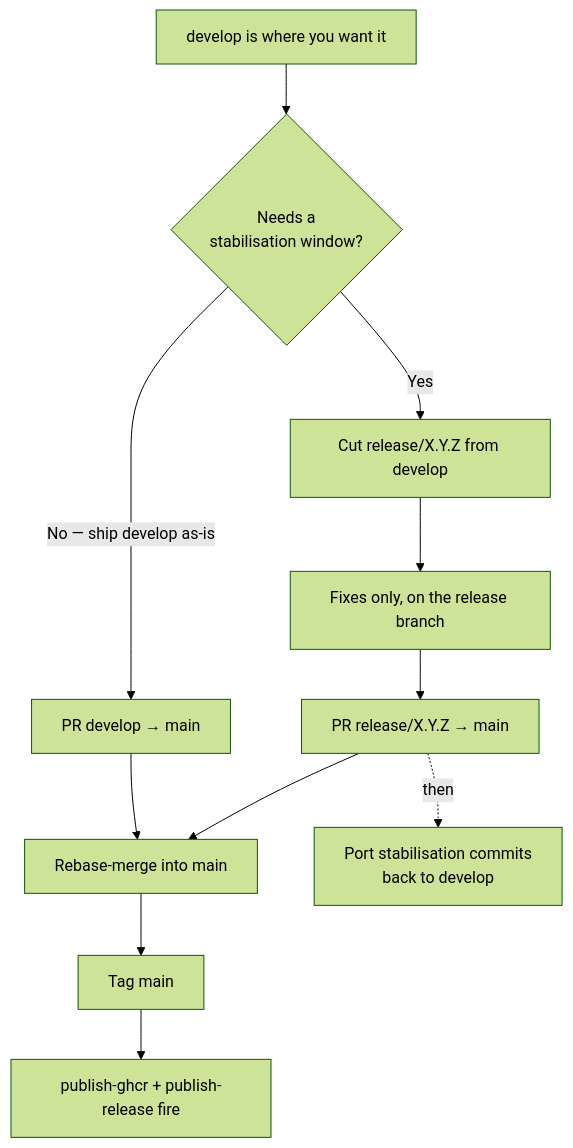
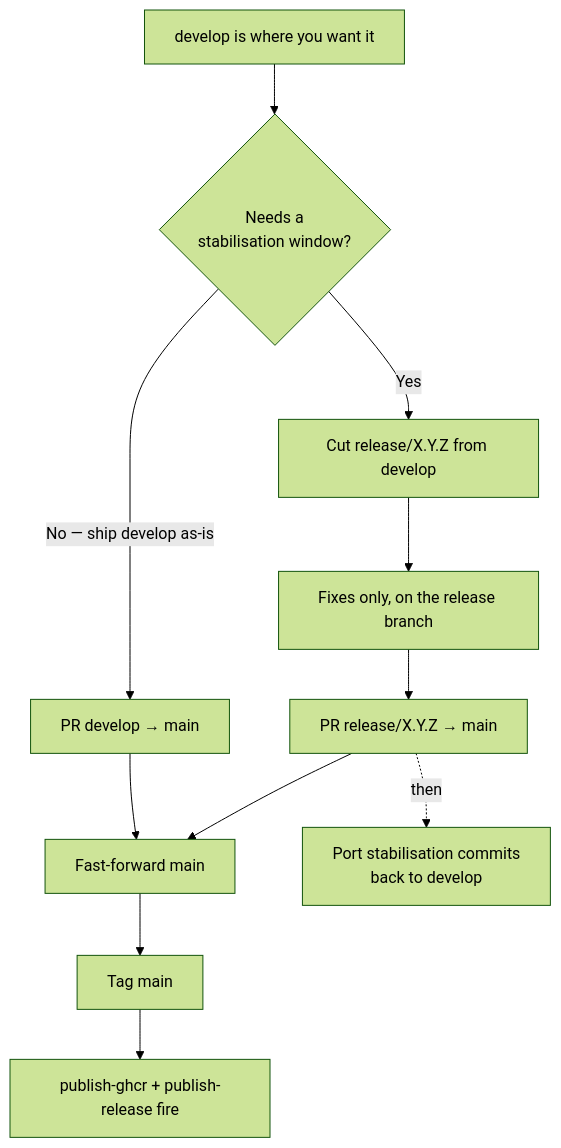
The second of 2 diagrams in docs/releasing.md (Chrison-dev/Krautwatch), drawn with Mermaid (forest theme) before and after one commit. The commit also changed other lines of this file and 3 other files, not shown here.

First line of the commit message:
Advance main by fast-forward so releases keep their changelog

````diff
--- a/docs/releasing.md
+++ b/docs/releasing.md
@@ -61,13 +61,13 @@
 ```mermaid
 flowchart TD
     A["develop is where you want it"] --> B{"Needs a<br/>stabilisation window?"}
     B -->|"No — ship develop as-is"| C["PR develop → main"]
     B -->|Yes| D["Cut release/X.Y.Z from develop"]
     D --> E["Fixes only, on the release branch"]
     E --> F["PR release/X.Y.Z → main"]
-    C --> G["Rebase-merge into main"]
+    C --> G["Fast-forward main"]
     F --> G
     G --> H["Tag main"]
     H --> I["publish-ghcr + publish-release fire"]
     F -.->|"then"| J["Port stabilisation commits<br/>back to develop"]
 ```
````
